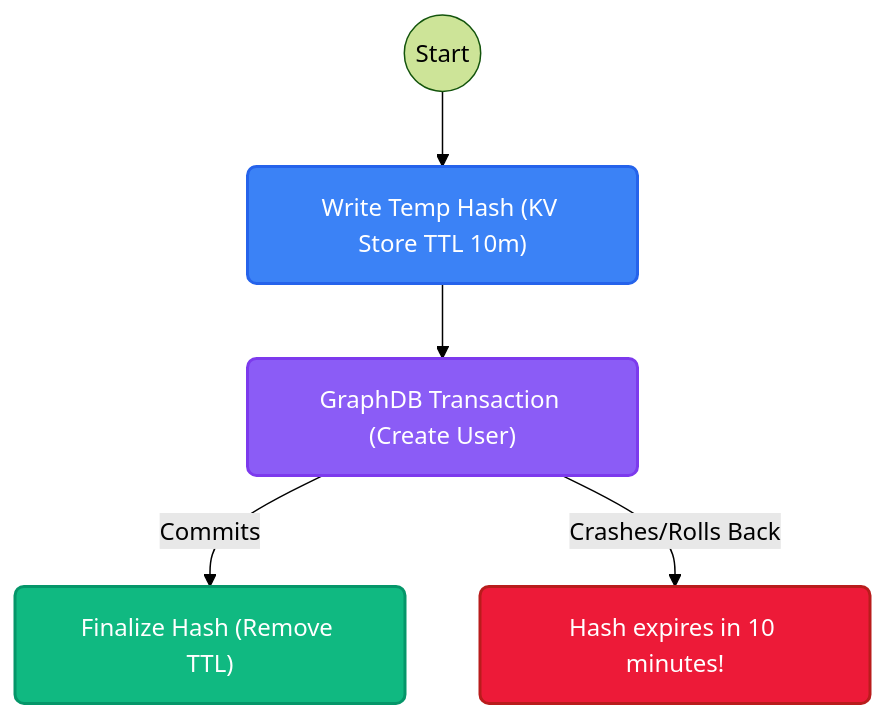
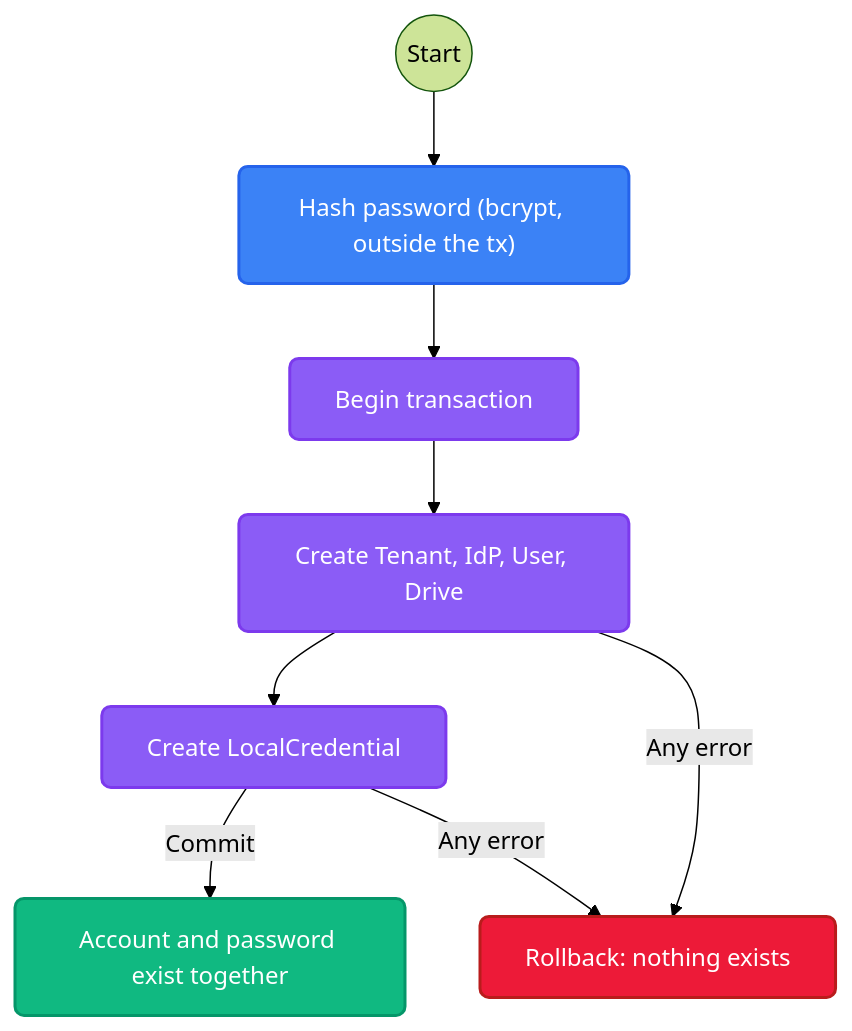
One commit to platrium-app/platrium changed the diagram in docs/content/docs/(contributors)/architecture/authn/local-users.mdx. Above: the diagram before and after it, drawn with Mermaid (forest theme). The commit also changed other lines of this file and 75 other files, not shown here.

````diff
--- a/docs/content/docs/(contributors)/architecture/authn/local-users.mdx
+++ b/docs/content/docs/(contributors)/architecture/authn/local-users.mdx
@@ -50,13 +44,15 @@
 ```mermaid
 graph TD
     classDef step fill:#3b82f6,stroke:#2563eb,stroke-width:2px,color:#fff,rx:6px,ry:6px;
     classDef success fill:#10b981,stroke:#059669,stroke-width:2px,color:#fff,rx:6px,ry:6px;
     classDef fail fill:#ed1a38,stroke:#b91c1c,stroke-width:2px,color:#fff,rx:6px,ry:6px;
     classDef db fill:#8b5cf6,stroke:#7c3aed,stroke-width:2px,color:#fff,rx:6px,ry:6px;
 
-    Start((Start)) --> S1["Write Temp Hash (KV Store TTL 10m)"]:::step
-    S1 --> S2["GraphDB Transaction (Create User)"]:::db
-    
-    S2 -->|Commits| S3["Finalize Hash (Remove TTL)"]:::success
-    S2 -->|Crashes/Rolls Back| F["Hash expires in 10 minutes!"]:::fail
+    Start((Start)) --> S1["Hash password (bcrypt, outside the tx)"]:::step
+    S1 --> S2["Begin transaction"]:::db
+    S2 --> S3["Create Tenant, IdP, User, Drive"]:::db
+    S3 --> S4["Create LocalCredential"]:::db
+    S4 -->|Commit| OK["Account and password exist together"]:::success
+    S3 -->|Any error| F["Rollback: nothing exists"]:::fail
+    S4 -->|Any error| F
 ```
````
